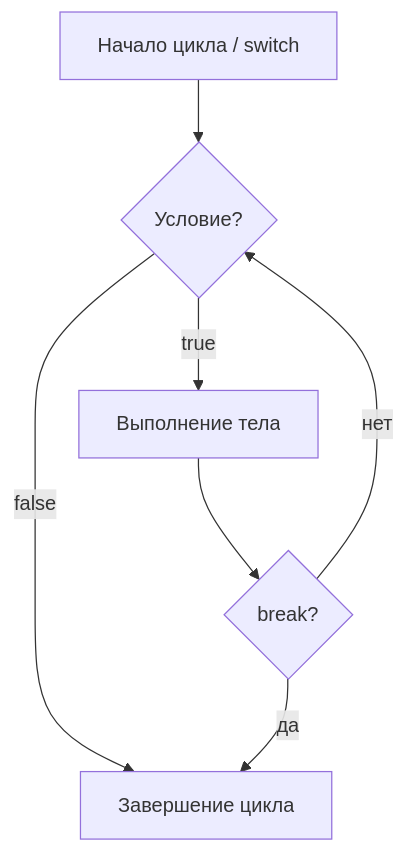
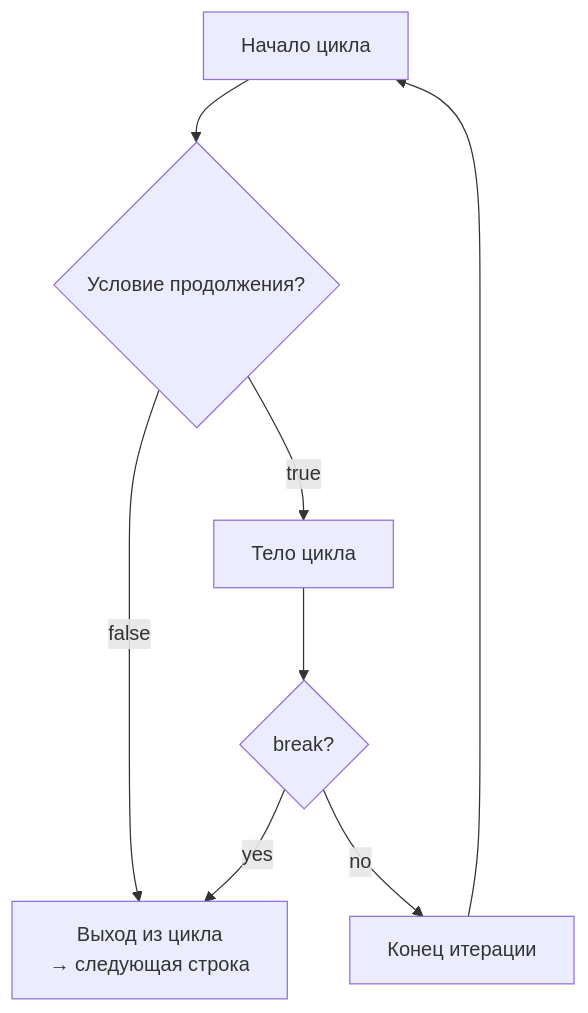
Before and after one commit to NuttyCheese/Obsidian: the diagram in Swift/Теория/iOS/Swift/break.md, drawn with Mermaid. The commit also changed other lines of this file and 14 other files, not shown here.

````diff
--- a/Swift/Теория/iOS/Swift/break.md
+++ b/Swift/Теория/iOS/Swift/break.md
@@ -91,9 +35,12 @@
 ```mermaid
 flowchart TD
-    A[Начало цикла / switch] --> B{Условие?}
-    B -- false --> D[Завершение цикла]
-    B -- true --> C[Выполнение тела]
-    C --> E{break?}
-    E -- да --> D
-    E -- нет --> B
+    LoopStart[Начало цикла] --> Condition{Условие продолжения?}
+    
+    Condition -->|true| Body[Тело цикла]
+    Condition -->|false| ExitLoop[Выход из цикла<br/>→ следующая строка]
+    
+    Body --> BreakCheck{break?}
+    BreakCheck -->|yes| ExitLoop
+    BreakCheck -->|no| IterationEnd[Конец итерации]
+    IterationEnd --> LoopStart
 ```
````
